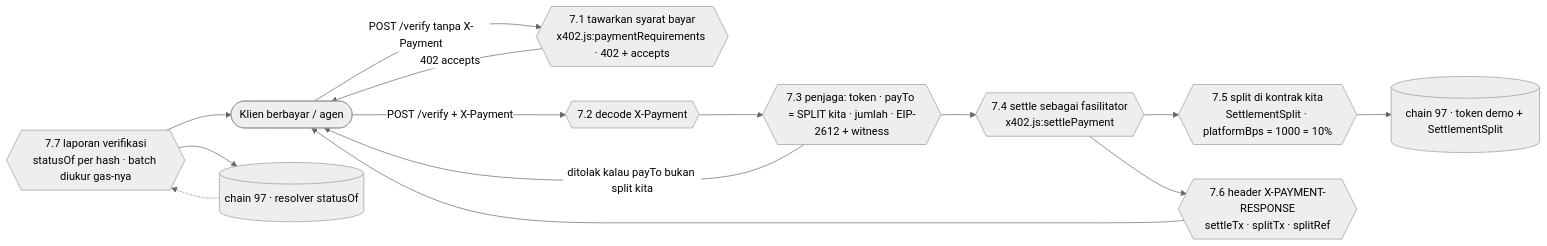
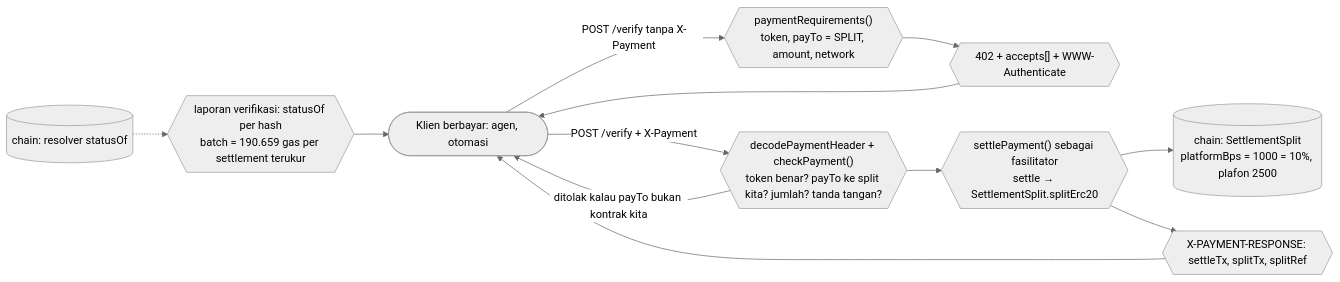
Before and after one commit to Shenhan01-sys/Lencana: the tenth of 15 diagrams in vault/00-Overview/12 - Business Process.md, drawn with Mermaid (neutral theme). The commit also changed other lines of this file and 14 other files, not shown here.

````diff
--- a/vault/00-Overview/12 - Business Process.md
+++ b/vault/00-Overview/12 - Business Process.md
@@ -409,27 +405,24 @@
 ```mermaid
 flowchart LR
-  MA([Klien berbayar / agen])
-  OF{{"7.1 tawarkan syarat bayar<br/>x402.js:paymentRequirements · 402 + accepts"}}
-  DE{{"7.2 decode X-Payment"}}
-  GU{{"7.3 penjaga: token · payTo = SPLIT kita · jumlah · EIP-2612 + witness"}}
-  SE{{"7.4 settle sebagai fasilitator<br/>x402.js:settlePayment"}}
-  SP{{"7.5 split di kontrak kita<br/>SettlementSplit · platformBps = 1000 = 10%"}}
-  HE{{"7.6 header X-PAYMENT-RESPONSE<br/>settleTx · splitTx · splitRef"}}
-  RE{{"7.7 laporan verifikasi<br/>statusOf per hash · batch diukur gas-nya"}}
-  M1[("chain 97 · token demo + SettlementSplit")]
-  M2[("chain 97 · resolver statusOf")]
+  MA([Klien berbayar: agen, otomasi])
+  Y1{{"paymentRequirements()<br/>token, payTo = SPLIT, amount, network"}}
+  Y2{{"402 + accepts[] + WWW-Authenticate"}}
+  Y3{{"decodePaymentHeader + checkPayment()<br/>token benar? payTo ke split kita? jumlah? tanda tangan?"}}
+  Y4{{"settlePayment() sebagai fasilitator<br/>settle → SettlementSplit.splitErc20"}}
+  Y5{{"X-PAYMENT-RESPONSE: settleTx, splitTx, splitRef"}}
+  Y6{{"laporan verifikasi: statusOf per hash<br/>batch = 190.659 gas per settlement terukur"}}
+  Z1[("chain: SettlementSplit<br/>platformBps = 1000 = 10%, plafon 2500")]
+  Z2[("chain: resolver statusOf")]
 
-  MA -->|POST /verify tanpa X-Payment| OF
-  OF -->|402 accepts| MA
-  MA -->|POST /verify + X-Payment| DE
-  DE --> GU
-  GU -->|ditolak kalau payTo bukan split kita| MA
-  GU --> SE
-  SE --> SP
-  SP --> M1
-  RE --> M2
-  SE --> HE
-  HE --> MA
-  M2 -.-> RE
-  RE --> MA
+  MA -->|"POST /verify tanpa X-Payment"| Y1
+  Y1 --> Y2
+  Y2 --> MA
+  MA -->|"POST /verify + X-Payment"| Y3
+  Y3 -->|ditolak kalau payTo bukan kontrak kita| MA
+  Y3 --> Y4
+  Y4 --> Z1
+  Y4 --> Y5
+  Y5 --> MA
+  Z2 -.-> Y6
+  Y6 --> MA
 ```
````
